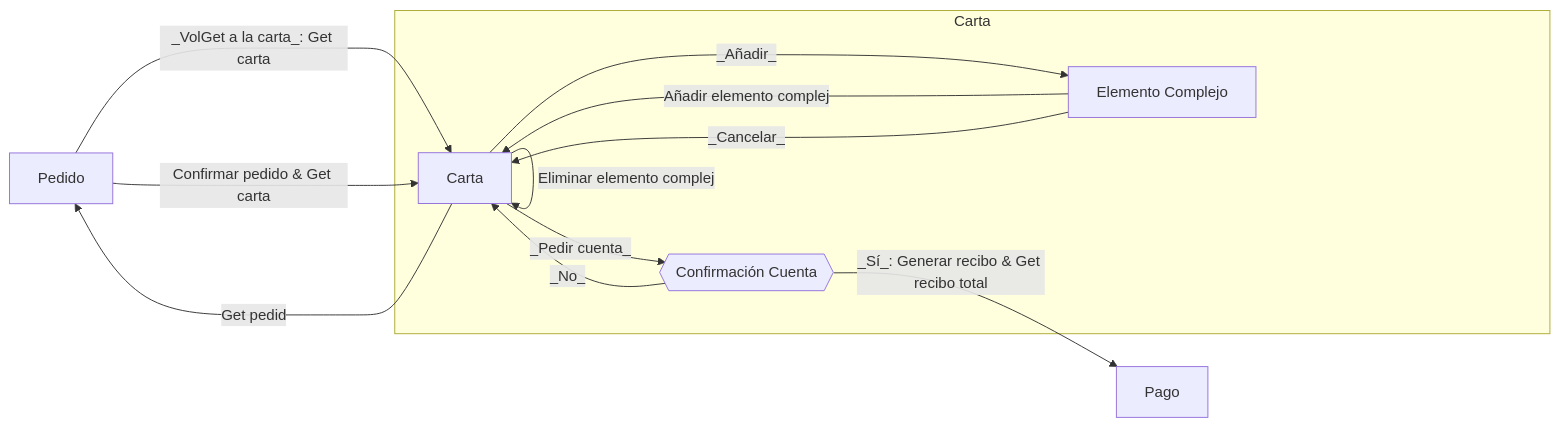
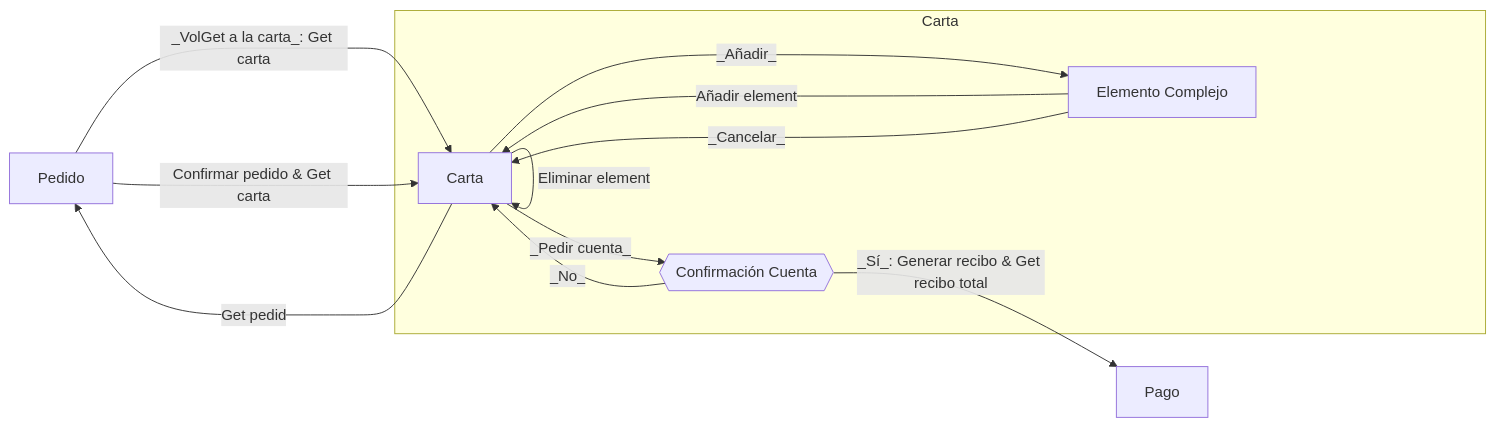
One commit to pabenito/QRest changed the fifth of 10 diagrams in documentacion/requisitos/diagramas_de_flujo.md. Above: the diagram before and after it, drawn with Mermaid. The commit also changed other lines of this file, not shown here.

Commit message:
Diagrama de flujo: Unificar casos de uso Añadir/Eliminar elementos complejos y simples.

````diff
--- a/documentacion/requisitos/diagramas_de_flujo.md
+++ b/documentacion/requisitos/diagramas_de_flujo.md
@@ -63,22 +63,21 @@
 ```mermaid
 flowchart LR
     pedido[Pedido]
     pago[Pago]
     subgraph g_carta[Carta]
         carta[Carta]
         elemento_complejo[Elemento Complejo]
         confirmacion_cuenta{{Confirmación Cuenta}}
     end
-    carta --Añadir elemento simple--> carta
-    carta --Eliminar elemento simple--> carta
-    carta --Eliminar elemento complejo--> carta
+    carta --Añadir elemento--> carta
+    carta --Eliminar elemento--> carta
     carta --_Añadir_--> elemento_complejo
-    elemento_complejo --Añadir elemento complejo--> carta
+    elemento_complejo --Añadir elemento--> carta
     elemento_complejo --_Cancelar_--> carta
     carta --Get pedido--> pedido
     pedido --_VolGet a la carta_: Get carta--> carta
     pedido --Confirmar pedido & Get carta--> carta
     carta --_Pedir cuenta_--> confirmacion_cuenta
     confirmacion_cuenta --_Sí_: Generar recibo & Get recibo total--> pago
     confirmacion_cuenta --_No_--> carta
 ```
````
